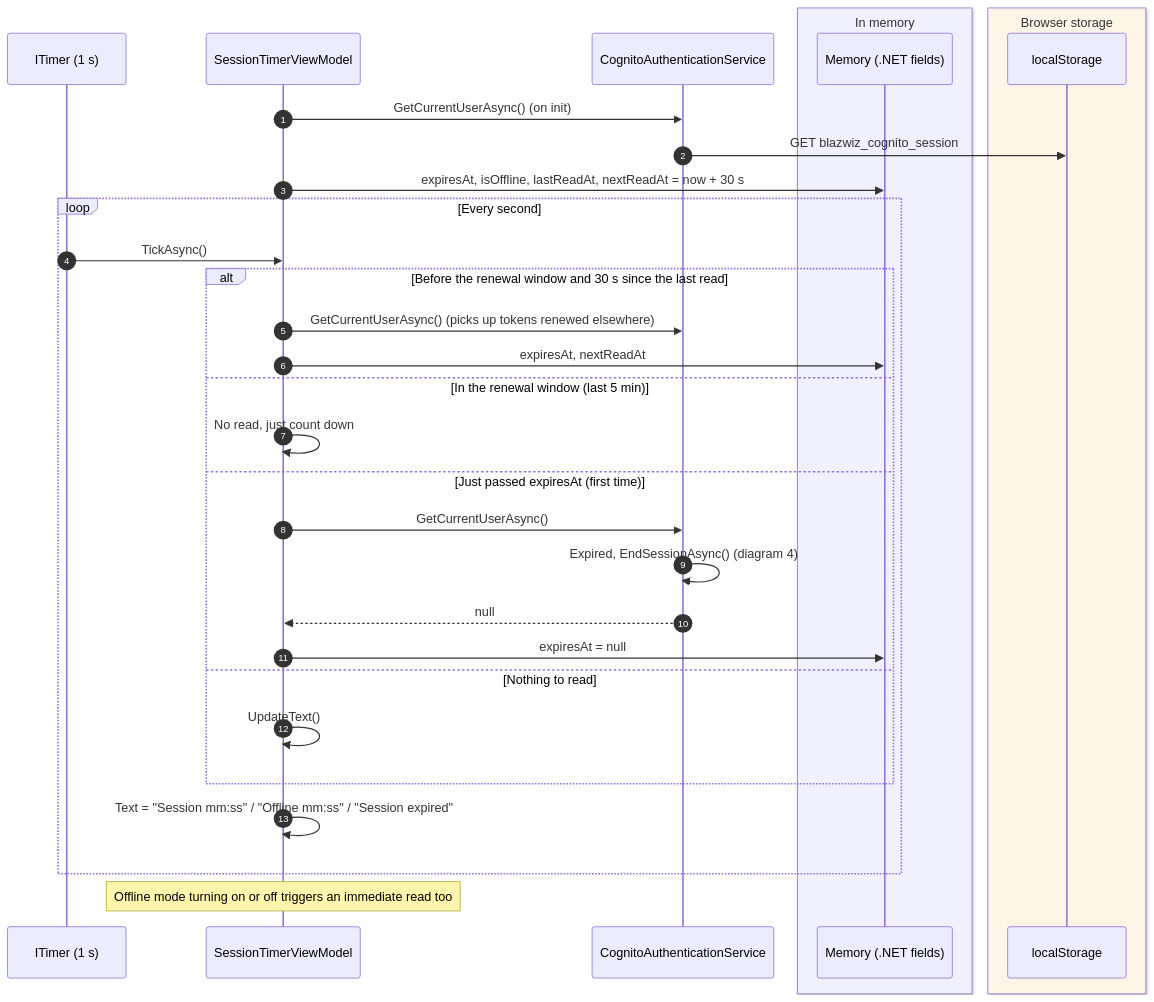
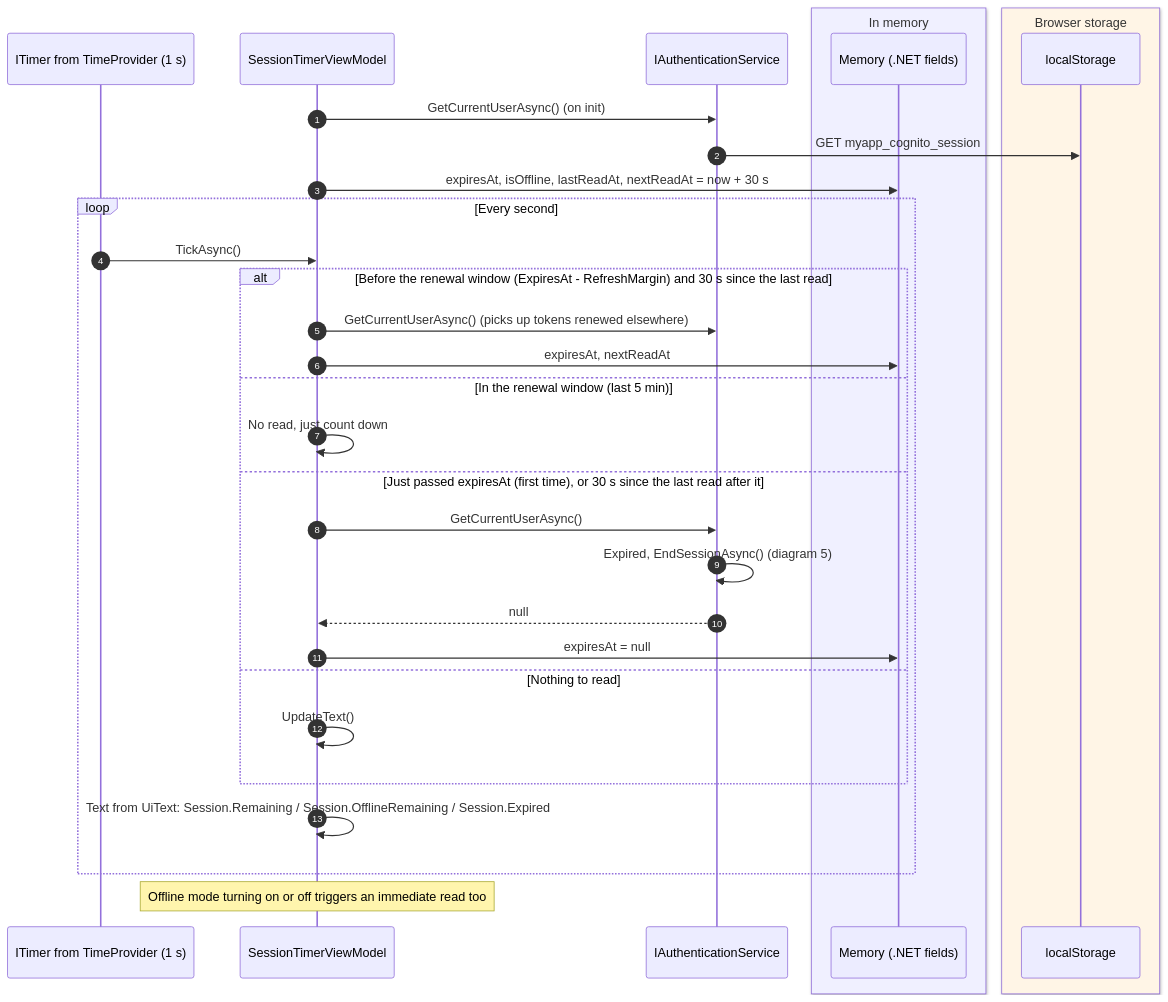
The third of 6 diagrams in docs/diagrams/session-management.md (devoctomy/blazwiz), drawn with Mermaid before and after one commit. The commit also changed other lines of this file and 9 other files, not shown here.

First line of the commit message:
chore: update to documents / diagrams and agents (#17)

````diff
--- a/docs/diagrams/session-management.md
+++ b/docs/diagrams/session-management.md
@@ -118,35 +177,35 @@
 ```mermaid
 sequenceDiagram
     autonumber
-    participant Timer as ITimer (1 s)
+    participant Timer as ITimer from TimeProvider (1 s)
     participant VM as SessionTimerViewModel
-    participant Auth as CognitoAuthenticationService
+    participant Auth as IAuthenticationService
     box rgb(240,240,255) In memory
         participant Mem as Memory (.NET fields)
     end
     box rgb(255,245,230) Browser storage
         participant LS as localStorage
     end
 
     VM->>Auth: GetCurrentUserAsync() (on init)
-    Auth->>LS: GET blazwiz_cognito_session
+    Auth->>LS: GET myapp_cognito_session
     VM->>Mem: expiresAt, isOffline, lastReadAt, nextReadAt = now + 30 s
     loop Every second
         Timer->>VM: TickAsync()
-        alt Before the renewal window and 30 s since the last read
+        alt Before the renewal window (ExpiresAt - RefreshMargin) and 30 s since the last read
             VM->>Auth: GetCurrentUserAsync() (picks up tokens renewed elsewhere)
             VM->>Mem: expiresAt, nextReadAt
         else In the renewal window (last 5 min)
             VM->>VM: No read, just count down
-        else Just passed expiresAt (first time)
+        else Just passed expiresAt (first time), or 30 s since the last read after it
             VM->>Auth: GetCurrentUserAsync()
-            Auth->>Auth: Expired, EndSessionAsync() (diagram 4)
+            Auth->>Auth: Expired, EndSessionAsync() (diagram 5)
             Auth-->>VM: null
             VM->>Mem: expiresAt = null
         else Nothing to read
             VM->>VM: UpdateText()
         end
-        VM->>VM: Text = "Session mm:ss" / "Offline mm:ss" / "Session expired"
+        VM->>VM: Text from UiText: Session.Remaining / Session.OfflineRemaining / Session.Expired
     end
     Note over VM: Offline mode turning on or off triggers an immediate read too
 ```
````
